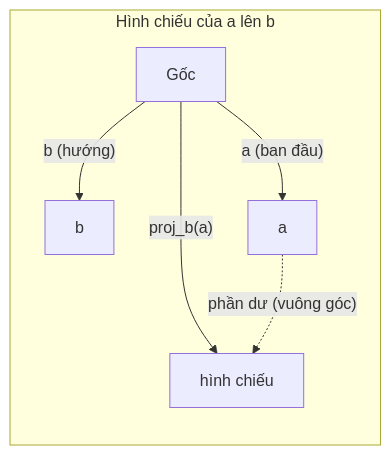
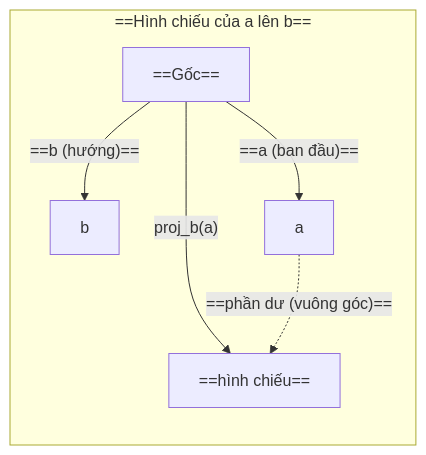
Before and after one commit to Huong002/ai-engineering-from-scratch: the second of 2 diagrams in phases/01-math-foundations/01-linear-algebra-intuition/docs/vi.md, drawn with Mermaid. The commit also changed other lines of this file and 47 other files, not shown here.

````diff
--- a/phases/01-math-foundations/01-linear-algebra-intuition/docs/vi.md
+++ b/phases/01-math-foundations/01-linear-algebra-intuition/docs/vi.md
@@ -135,10 +135,10 @@
 ```mermaid
 graph LR
-    subgraph Projection["Hình chiếu của a lên b"]
+    subgraph Projection["==Hình chiếu của a lên b=="]
         direction TB
-        O["Gốc"] --> |"b (hướng)"| B["b"]
-        O --> |"a (ban đầu)"| A["a"]
-        O --> |"proj_b(a)"| P["hình chiếu"]
-        A -.-> |"phần dư (vuông góc)"| P
+        O["==Gốc=="] --> |"==b (hướng)=="| B["b"]
+        O --> |"==a (ban đầu)=="| A["a"]
+        O --> |"proj_b(a)"| P["==hình chiếu=="]
+        A -.-> |"==phần dư (vuông góc)=="| P
     end
 ```
````
